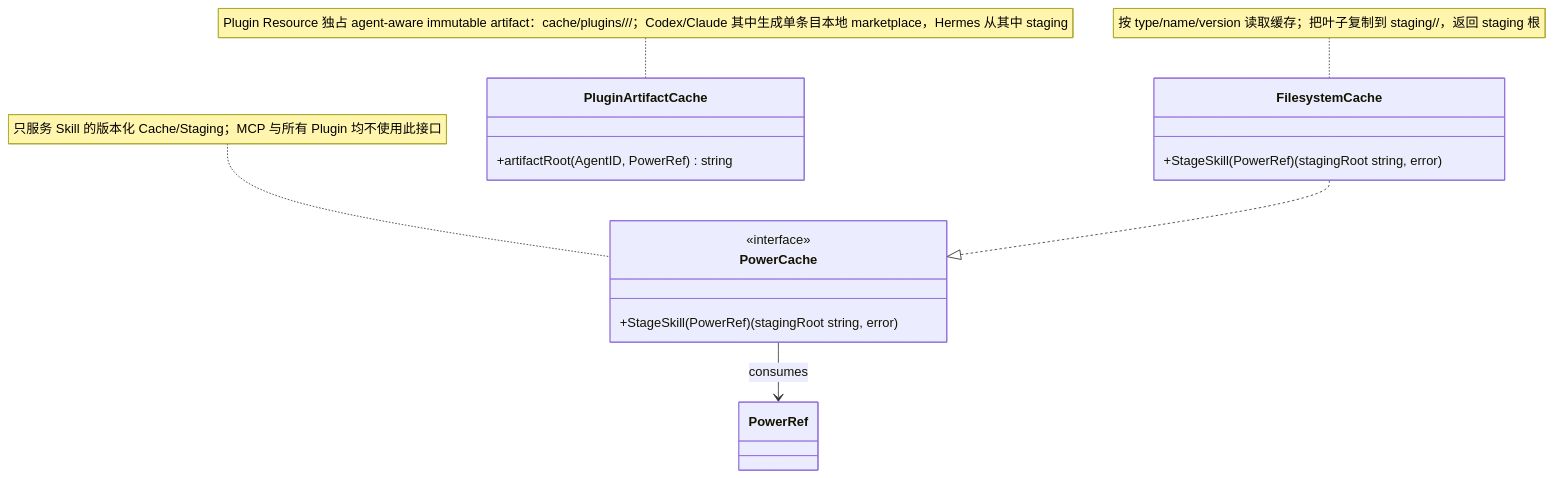
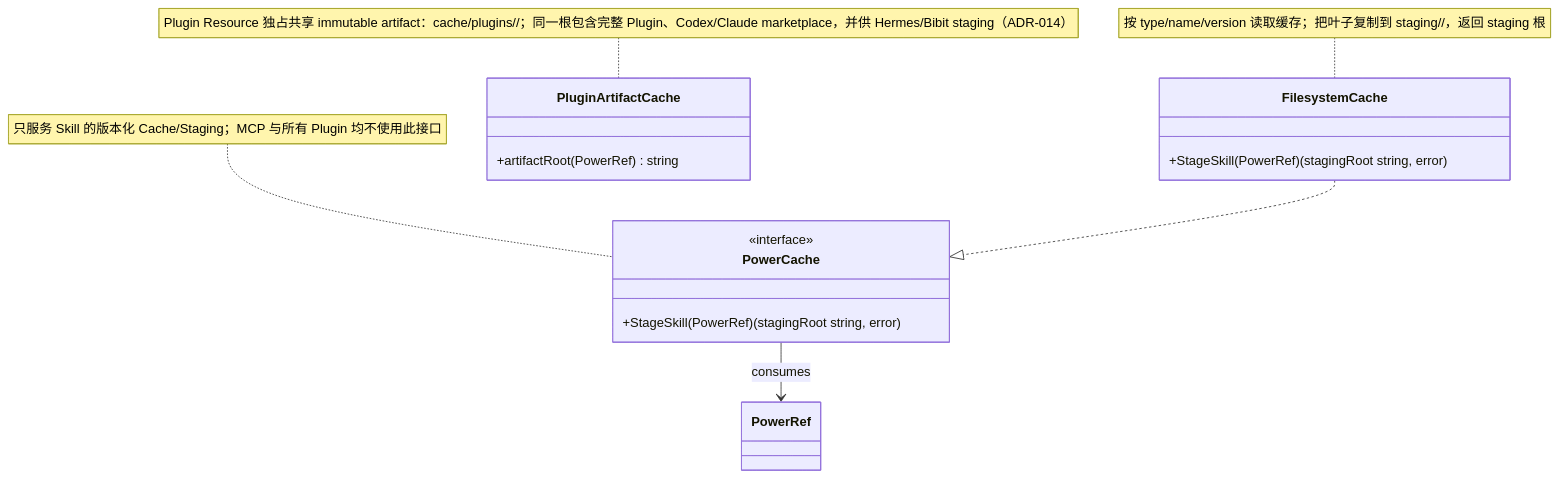
Before and after one commit to spacemit-com/agent-power-manager: the diagram in ivory-tower/c4/components/apm-cli-diagrams/cache-manager.mmd, drawn with Mermaid. The commit also changed 10 other files, not shown here.

Commit message:
docs(bibit): align shared plugin architecture

```diff
--- a/ivory-tower/c4/components/apm-cli-diagrams/cache-manager.mmd
+++ b/ivory-tower/c4/components/apm-cli-diagrams/cache-manager.mmd
@@ -1,19 +1,19 @@
 classDiagram
     note for PowerCache "只服务 Skill 的版本化 Cache/Staging；MCP 与所有 Plugin 均不使用此接口"
     class PowerCache {
         <<interface>>
         +StageSkill(PowerRef) (stagingRoot string, error)
     }
 
     note for FilesystemCache "按 type/name/version 读取缓存；把叶子复制到 staging/<type-directory>/<name>，返回 staging 根"
     class FilesystemCache {
         +StageSkill(PowerRef) (stagingRoot string, error)
     }
 
     FilesystemCache ..|> PowerCache
     PowerCache --> PowerRef : consumes
 
-    note for PluginArtifactCache "Plugin Resource 独占 agent-aware immutable artifact：cache/plugins/<agent>/<logical-name>/<version>；Codex/Claude 其中生成单条目本地 marketplace，Hermes 从其中 staging"
+    note for PluginArtifactCache "Plugin Resource 独占共享 immutable artifact：cache/plugins/<logical-name>/<version>；同一根包含完整 Plugin、Codex/Claude marketplace，并供 Hermes/Bibit staging（ADR-014）"
     class PluginArtifactCache {
-        +artifactRoot(AgentID, PowerRef) string
+        +artifactRoot(PowerRef) string
     }
```
